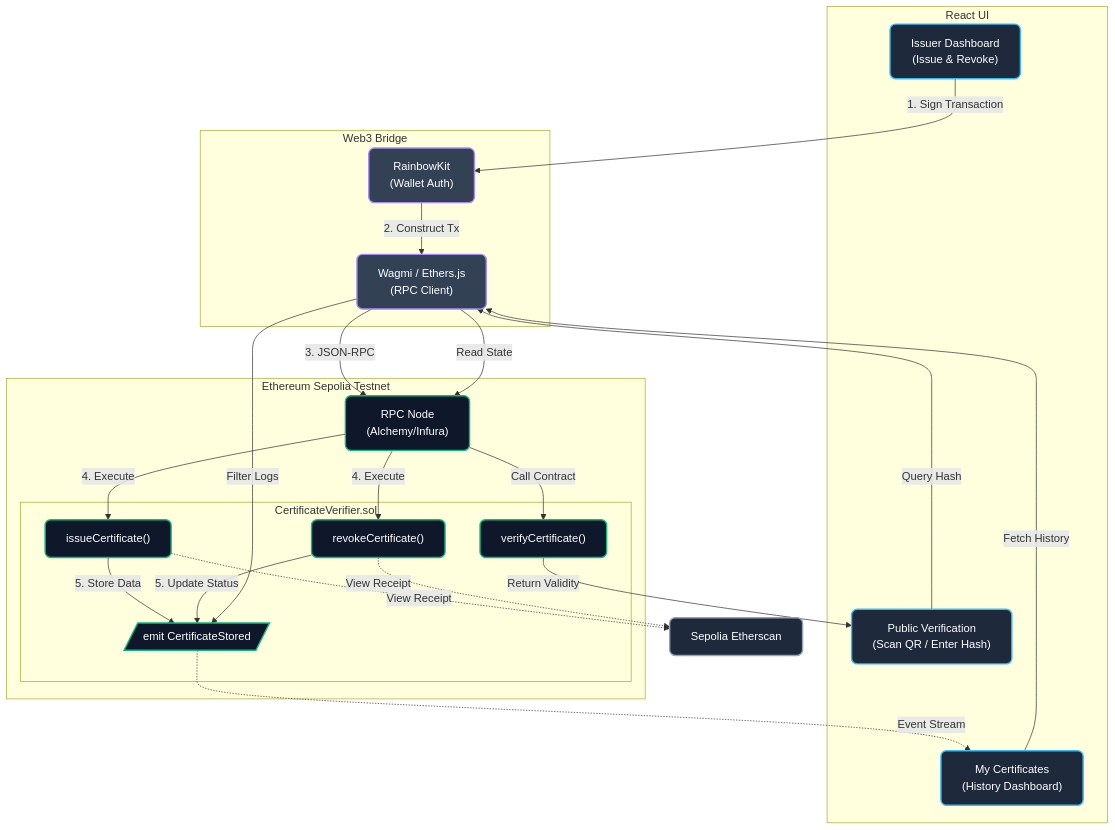
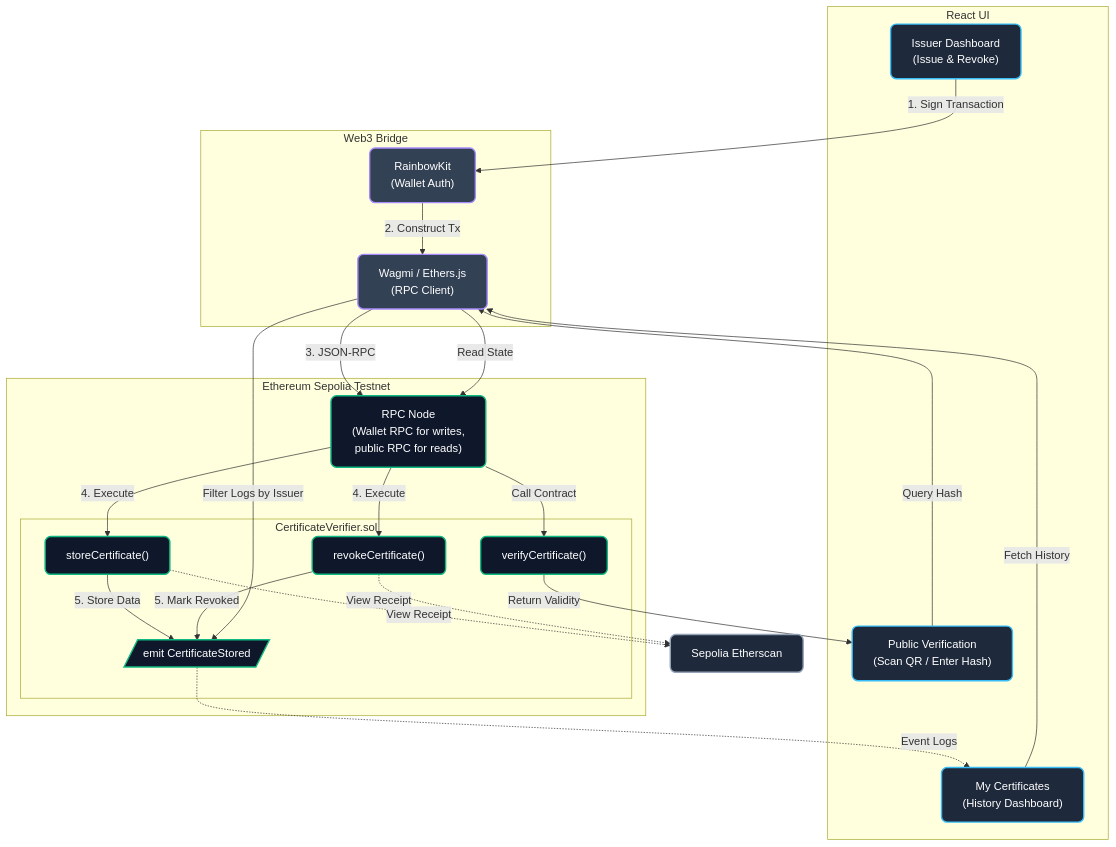
The diagram in README.md (Arav-Arun/ChainCred), drawn with Mermaid before and after one commit. The commit also changed other lines of this file, not shown here.

````diff
--- a/README.md
+++ b/README.md
@@ -37,59 +39,59 @@
 ```mermaid
 flowchart TD
     %% Custom Styling
     classDef frontend fill:#1E293B,stroke:#38BDF8,stroke-width:2px,color:#fff,rx:8px,ry:8px;
     classDef wallet fill:#334155,stroke:#A78BFA,stroke-width:2px,color:#fff,rx:8px,ry:8px;
     classDef blockchain fill:#0F172A,stroke:#10B981,stroke-width:2px,color:#fff,rx:8px,ry:8px;
     classDef external fill:#1E293B,stroke:#94A3B8,stroke-width:2px,color:#fff,rx:8px,ry:8px;
 
     %% User Interfaces
     subgraph FrontendLayer ["React UI"]
         UI_Issue["Issuer Dashboard<br/>(Issue & Revoke)"]:::frontend
         UI_Verify["Public Verification<br/>(Scan QR / Enter Hash)"]:::frontend
         UI_MyCerts["My Certificates<br/>(History Dashboard)"]:::frontend
     end
 
     %% Web3 Connection Layer
     subgraph ConnectionLayer ["Web3 Bridge"]
         Rainbow["RainbowKit<br/>(Wallet Auth)"]:::wallet
         Wagmi["Wagmi / Ethers.js<br/>(RPC Client)"]:::wallet
     end
 
     %% Blockchain Network
     subgraph BlockchainLayer ["Ethereum Sepolia Testnet"]
-        RPC["RPC Node<br/>(Alchemy/Infura)"]:::blockchain
+        RPC["RPC Node<br/>(Wallet RPC for writes,<br/>public RPC for reads)"]:::blockchain
         subgraph SmartContract ["CertificateVerifier.sol"]
-            SC_Issue["issueCertificate()"]:::blockchain
+            SC_Issue["storeCertificate()"]:::blockchain
             SC_Revoke["revokeCertificate()"]:::blockchain
             SC_Verify["verifyCertificate()"]:::blockchain
             SC_Events[/"emit CertificateStored"/]:::blockchain
         end
     end
 
     %% External Services
     Etherscan["Sepolia Etherscan"]:::external
 
     %% Flow: Issuance & Revocation
     UI_Issue -- "1. Sign Transaction" --> Rainbow
     Rainbow -- "2. Construct Tx" --> Wagmi
     Wagmi -- "3. JSON-RPC" --> RPC
     RPC -- "4. Execute" --> SC_Issue
     RPC -- "4. Execute" --> SC_Revoke
     SC_Issue -- "5. Store Data" --> SC_Events
-    SC_Revoke -- "5. Update Status" --> SC_Events
-    
+    SC_Revoke -- "5. Mark Revoked" --> SC_Events
+
     %% Flow: Verification
     UI_Verify -- "Query Hash" --> Wagmi
     Wagmi -- "Read State" --> RPC
     RPC -- "Call Contract" --> SC_Verify
     SC_Verify -- "Return Validity" --> UI_Verify
 
     %% Flow: My Certificates History
     UI_MyCerts -- "Fetch History" --> Wagmi
-    Wagmi -- "Filter Logs" --> SC_Events
-    SC_Events -. "Event Stream" .-> UI_MyCerts
+    Wagmi -- "Filter Logs by Issuer" --> SC_Events
+    SC_Events -. "Event Logs" .-> UI_MyCerts
 
     %% External Links
     SC_Issue -. "View Receipt" .-> Etherscan
     SC_Revoke -. "View Receipt" .-> Etherscan
 ```
````
